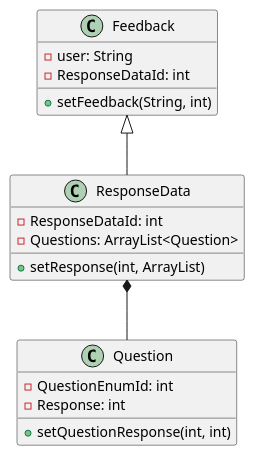
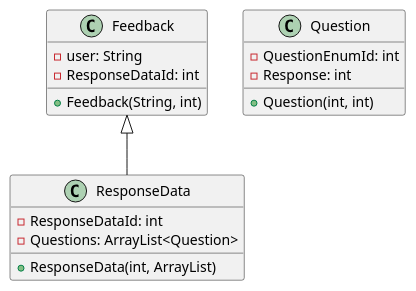
Before and after one commit to raghav19897/Feedback_DM: the diagram in src/main/java/Feedback.puml, drawn with PlantUML.

Commit message:
Changes in class structure

```diff
--- a/src/main/java/Feedback.puml
+++ b/src/main/java/Feedback.puml
@@ -1,22 +1,21 @@
 @startuml
 class Feedback{
 -user: String
 -ResponseDataId: int
-+setFeedback(String, int)
++Feedback(String, int)
 }
 
 class ResponseData{
 -ResponseDataId: int
 -Questions: ArrayList<Question>
-+setResponse(int, ArrayList)
++ResponseData(int, ArrayList)
 }
 
 class Question{
 -QuestionEnumId: int
 -Response: int
-+setQuestionResponse(int, int)
++Question(int, int)
 }
 
 Feedback <|-- ResponseData
-ResponseData *-- Question
 @enduml
```
